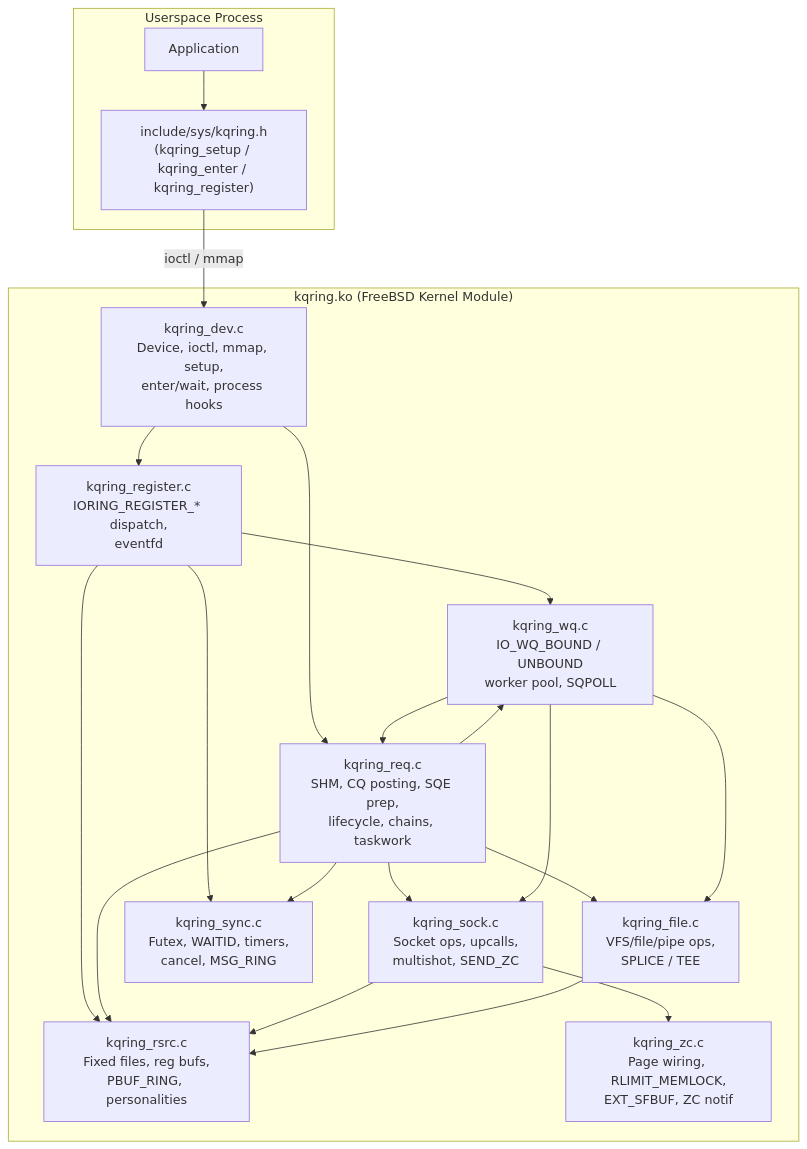
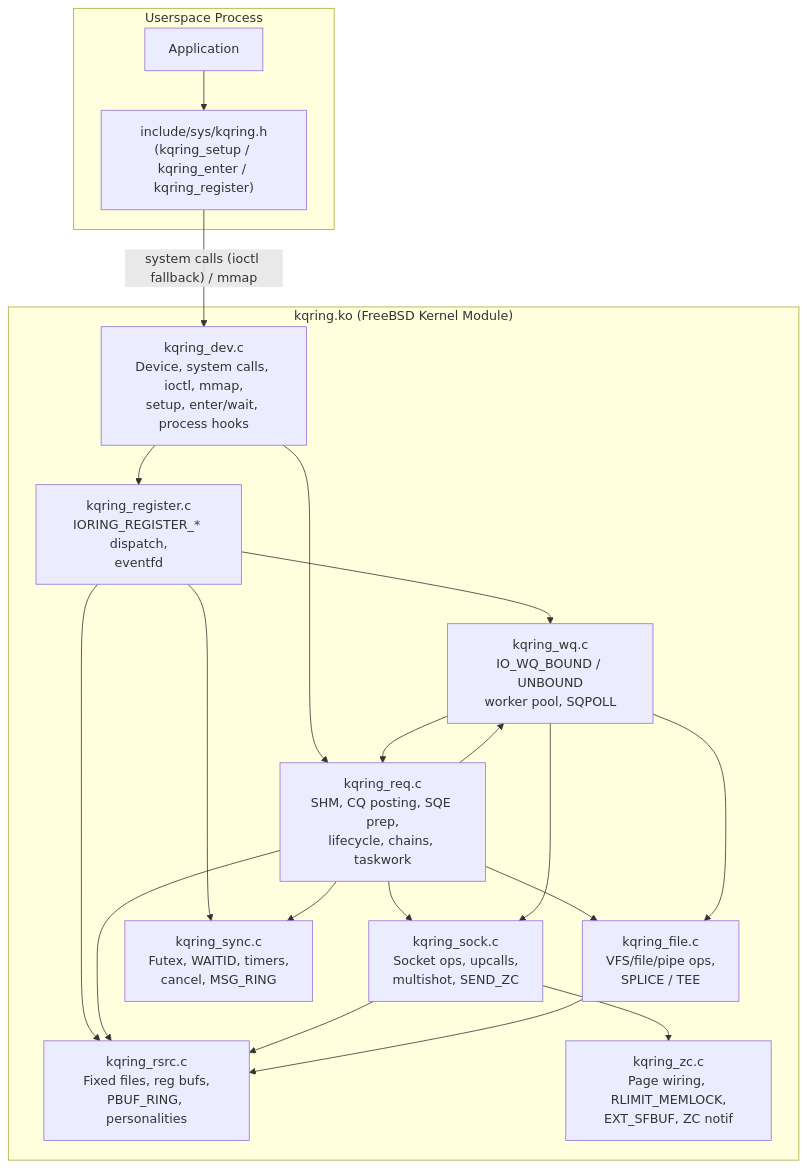
The first of 8 diagrams in ARCHITECTURE.MD (grepjava/kqring), drawn with Mermaid before and after one commit. The commit also changed other lines of this file and 15 other files, not shown here.

First line of the commit message:
Add native kqring syscalls and trim the enter path

````diff
--- a/ARCHITECTURE.MD
+++ b/ARCHITECTURE.MD
@@ -11,38 +11,38 @@
 ```mermaid
 flowchart TB
     subgraph Userspace["Userspace Process"]
         App["Application"]
         UAPI["include/sys/kqring.h<br/>(kqring_setup / kqring_enter / kqring_register)"]
         App --> UAPI
     end
 
     subgraph KMOD["kqring.ko (FreeBSD Kernel Module)"]
-        DEV["kqring_dev.c<br/>Device, ioctl, mmap, setup,<br/>enter/wait, process hooks"]
+        DEV["kqring_dev.c<br/>Device, system calls, ioctl, mmap,<br/>setup, enter/wait, process hooks"]
         REG["kqring_register.c<br/>IORING_REGISTER_* dispatch,<br/>eventfd"]
         REQ["kqring_req.c<br/>SHM, CQ posting, SQE prep,<br/>lifecycle, chains, taskwork"]
         RSRC["kqring_rsrc.c<br/>Fixed files, reg bufs,<br/>PBUF_RING, personalities"]
         SOCK["kqring_sock.c<br/>Socket ops, upcalls,<br/>multishot, SEND_ZC"]
         FILE["kqring_file.c<br/>VFS/file/pipe ops,<br/>SPLICE / TEE"]
         SYNC["kqring_sync.c<br/>Futex, WAITID, timers,<br/>cancel, MSG_RING"]
         WQ["kqring_wq.c<br/>IO_WQ_BOUND / UNBOUND<br/>worker pool, SQPOLL"]
         ZC["kqring_zc.c<br/>Page wiring, RLIMIT_MEMLOCK,<br/>EXT_SFBUF, ZC notif"]
     end
 
-    UAPI -- "ioctl / mmap" --> DEV
+    UAPI -- "system calls (ioctl fallback) / mmap" --> DEV
     DEV --> REG
     DEV --> REQ
     REG --> RSRC
     REG --> WQ
     REG --> SYNC
     REQ --> RSRC
     REQ --> SOCK
     REQ --> FILE
     REQ --> SYNC
     REQ --> WQ
     SOCK --> ZC
     SOCK --> RSRC
     FILE --> RSRC
     WQ --> REQ
     WQ --> SOCK
     WQ --> FILE
 ```
````
